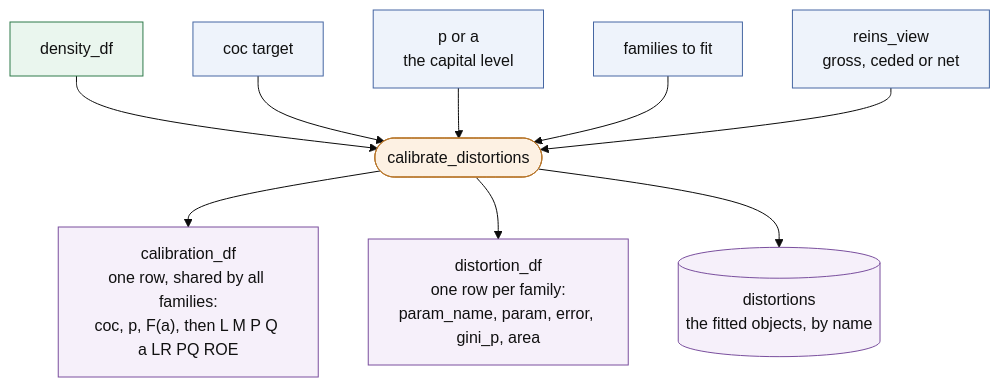
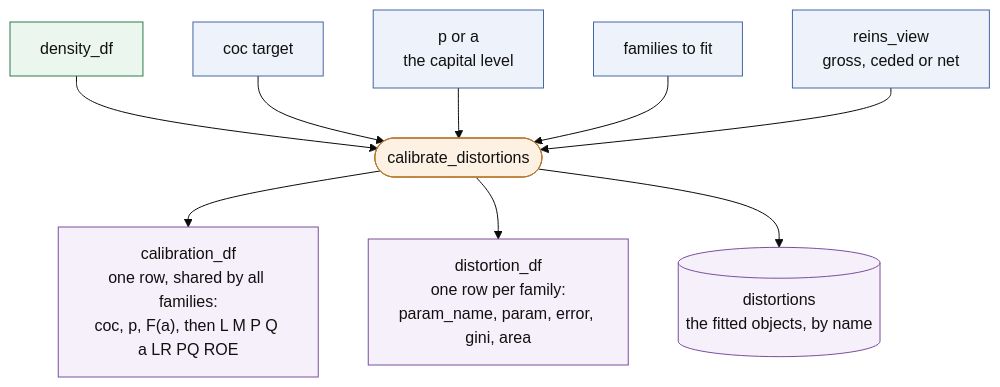
Before and after one commit to mynl/aggregate: the diagram in docs/flow/_use-pricing-calibration.md, drawn with Mermaid (base theme). The commit also changed other lines of this file and 33 other files, not shown here.

Commit message:
[Gini-Rename] 2.1.0a2: Distortion.gini_p is renamed gini, as property, frame column and exhibit block, with no alias

````diff
--- a/docs/flow/_use-pricing-calibration.md
+++ b/docs/flow/_use-pricing-calibration.md
@@ -5,34 +5,34 @@
 ```{mermaid}
 %%| label: fig-calibration
 %%| fig-cap: "What you asked for and what you got, kept in separate frames."
 flowchart TD
     dens["density_df"]
     coc["coc target"]
     pa["p or a<br/>the capital level"]
     names["families to fit"]
     view["reins_view<br/>gross, ceded or net"]
 
     cal(["calibrate_distortions"])
 
     caldf["calibration_df<br/>one row, shared by all families:<br/>coc, p, F(a), then L M P Q a LR PQ ROE"]
-    distdf["distortion_df<br/>one row per family:<br/>param_name, param, error, gini_p, area"]
+    distdf["distortion_df<br/>one row per family:<br/>param_name, param, error, gini, area"]
     dists[("distortions<br/>the fitted objects, by name")]
 
     dens --> cal
     coc --> cal
     pa --> cal
     names --> cal
     view --> cal
     cal --> caldf
     cal --> distdf
     cal --> dists
 
     classDef cIn fill:#eef3fb,stroke:#4667a3,color:#111;
     classDef cEn fill:#fdf1e3,stroke:#b8762a,color:#111;
     classDef cFr fill:#eaf6ee,stroke:#2f7a4a,color:#111;
     classDef cVw fill:#f6f0fa,stroke:#7a4f9e,color:#111;
     class dens cFr;
     class coc,pa,names,view cIn;
     class cal cEn;
     class caldf,distdf,dists cVw;
 ```
````
